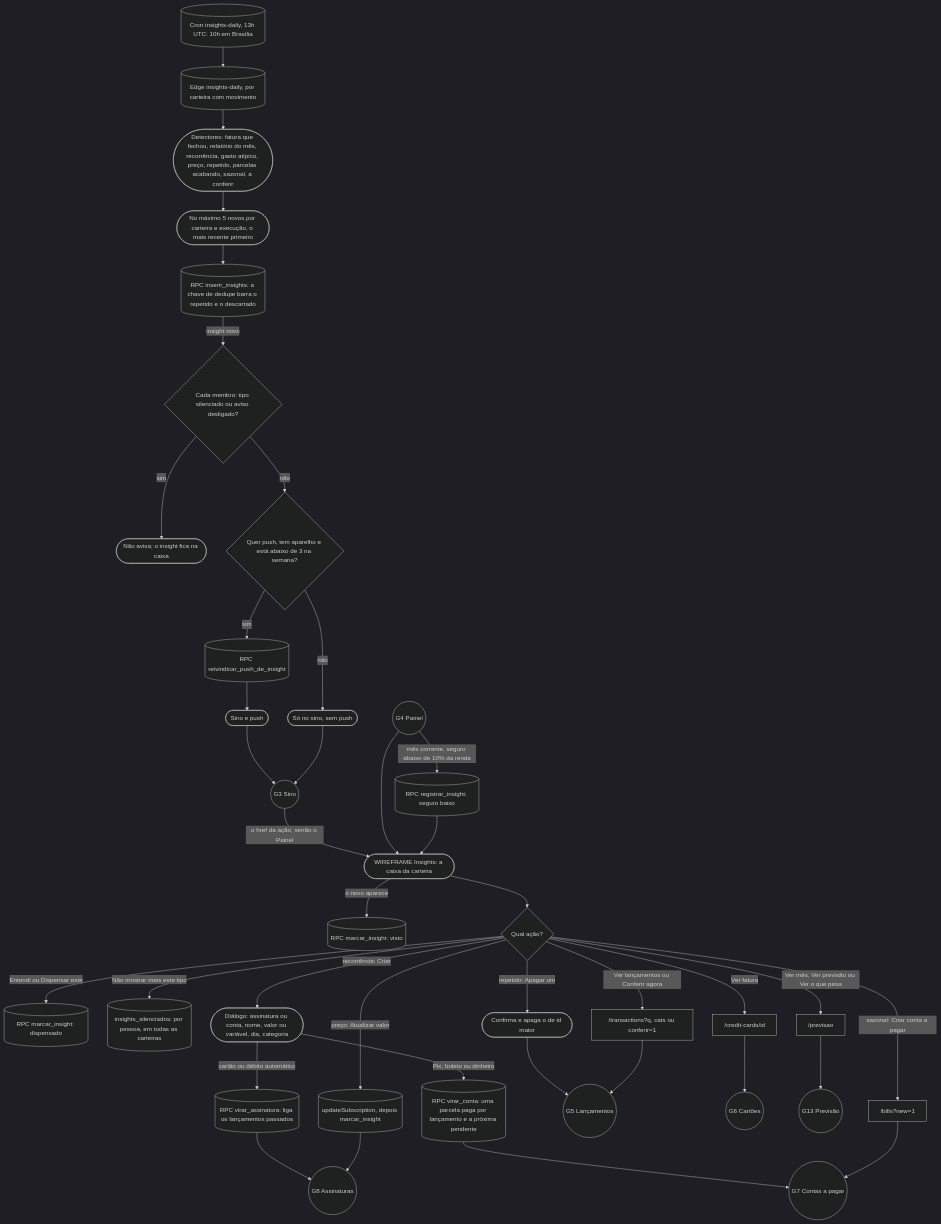
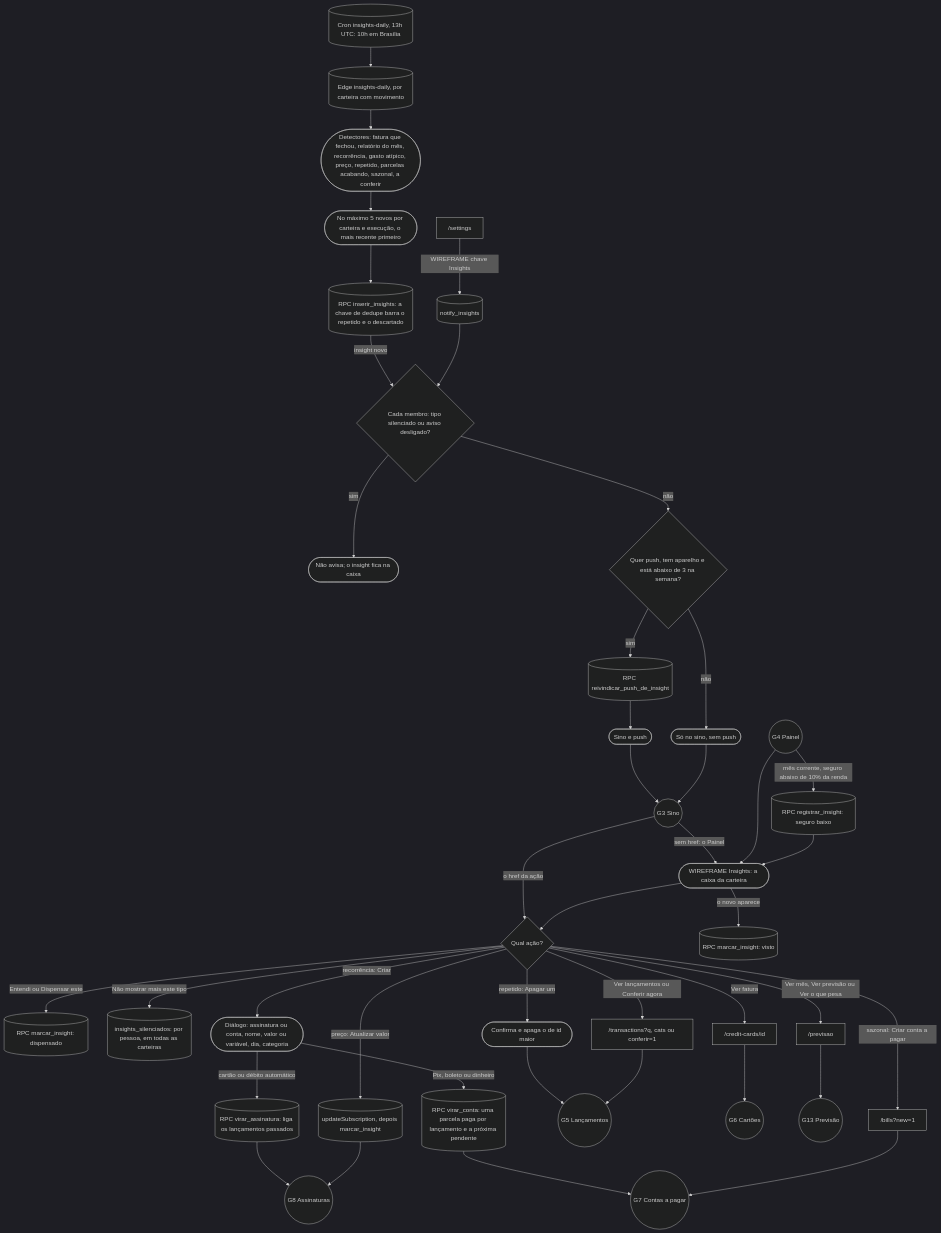
Before and after one commit to kauax2000/finance_app: diagram 19 of 19 in docs/JORNADAS.md, drawn with Mermaid. The commit also changed other lines of this file and 3 other files, not shown here.

````diff
--- a/docs/JORNADAS.md
+++ b/docs/JORNADAS.md
@@ -1352,41 +1352,44 @@
 ```mermaid
 %%{init: {"theme": "dark"}}%%
 flowchart TD
     cron[("Cron insights-daily, 13h UTC: 10h em Brasília")] --> daily[("Edge insights-daily, por carteira com movimento")]
     daily --> achados(["Detectores: fatura que fechou, relatório do mês, recorrência, gasto atípico, preço, repetido, parcelas acabando, sazonal, a conferir"])
     achados --> corte(["No máximo 5 novos por carteira e execução, o mais recente primeiro"])
     corte --> grava[("RPC inserir_insights: a chave de dedupe barra o repetido e o descartado")]
     grava -->|"insight novo"| quem{"Cada membro: tipo silenciado ou aviso desligado?"}
+    settings["/settings"] -->|"WIREFRAME chave Insights"| prefsIns[("notify_insights")]
+    prefsIns --> quem
     quem -->|"sim"| sem(["Não avisa; o insight fica na caixa"])
     quem -->|"não"| teto{"Quer push, tem aparelho e está abaixo de 3 na semana?"}
     teto -->|"sim"| claim[("RPC reivindicar_push_de_insight")] --> push(["Sino e push"])
     teto -->|"não"| inapp(["Só no sino, sem push"])
     push --> bell(("G3 Sino"))
     inapp --> bell
-    bell -->|"o href da ação, senão o Painel"| caixa
+    bell -->|"o href da ação"| acao
+    bell -->|"sem href: o Painel"| caixa
 
     dash(("G4 Painel")) --> caixa(["WIREFRAME Insights: a caixa da carteira"])
     dash -->|"mês corrente, seguro abaixo de 10% da renda"| reg[("RPC registrar_insight: seguro baixo")]
     reg --> caixa
     caixa -->|"o novo aparece"| visto[("RPC marcar_insight: visto")]
     caixa --> acao{"Qual ação?"}
     acao -->|"Entendi ou Dispensar este"| dispensa[("RPC marcar_insight: dispensado")]
     acao -->|"Não mostrar mais este tipo"| silencia[("insights_silenciados: por pessoa, em todas as carteiras")]
     acao -->|"recorrência: Criar"| dialogo(["Diálogo: assinatura ou conta, nome, valor ou variável, dia, categoria"])
     dialogo -->|"cartão ou débito automático"| virarAss[("RPC virar_assinatura: liga os lançamentos passados")]
     dialogo -->|"Pix, boleto ou dinheiro"| virarConta[("RPC virar_conta: uma parcela paga por lançamento e a próxima pendente")]
     virarAss --> G8(("G8 Assinaturas"))
     virarConta --> G7(("G7 Contas a pagar"))
     acao -->|"preço: Atualizar valor"| preco[("updateSubscription, depois marcar_insight")]
     preco --> G8
     acao -->|"repetido: Apagar um"| apaga(["Confirma e apaga o de id maior"])
     apaga --> G5(("G5 Lançamentos"))
     acao -->|"Ver lançamentos ou Conferir agora"| lista["/transactions?q, cats ou conferir=1"]
     lista --> G5
     acao -->|"Ver fatura"| fatura["/credit-cards/id"]
     fatura --> G6(("G6 Cartões"))
     acao -->|"Ver mês, Ver previsão ou Ver o que pesa"| prev["/previsao"]
     prev --> G13(("G13 Previsão"))
     acao -->|"sazonal: Criar conta a pagar"| novaConta["/bills?new=1"]
     novaConta --> G7
 ```
````
